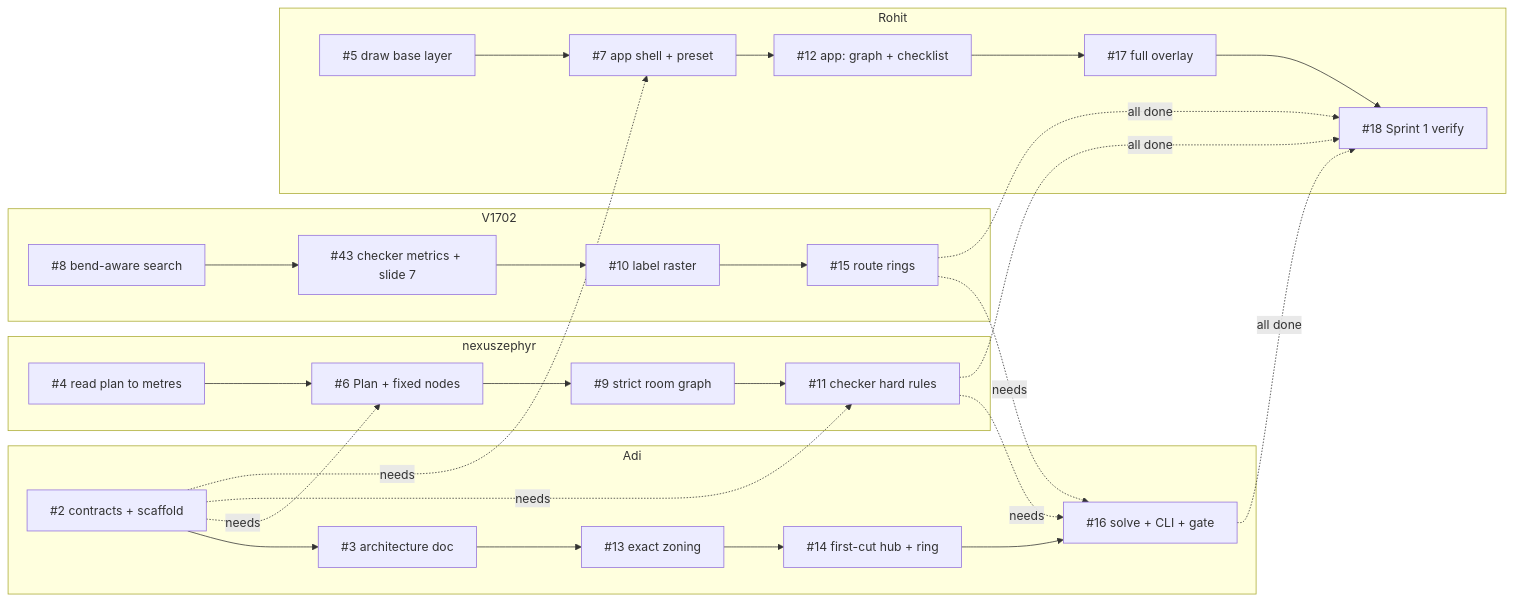
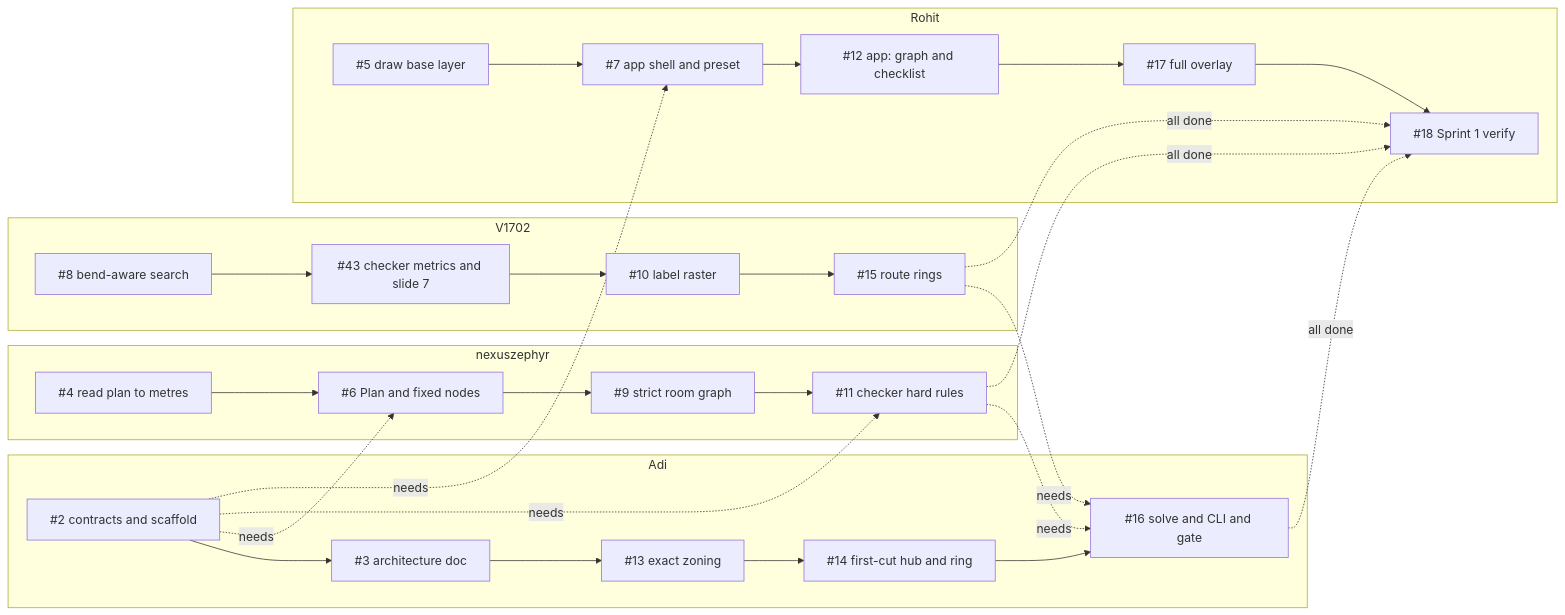
The first of 2 diagrams in docs/EXECUTION_PLAN.md (Adityashandilya555/hackhive), drawn with Mermaid before and after one commit. The commit also changed other lines of this file and 2 other files, not shown here.

Commit message:
docs: GitHub-safe execution maps (quoted labels, #35; entity for #)
The lane maps used bare '#' at the start of node labels; they now use quoted
labels with mermaid's '#35;' entity and 'and' instead of '+'. Verified with
mermaid-cli 11.16.0, 10.9.1, 9.4.0 and 8.13.10 (exit 0, no syntax error,
'#2 contracts' decoded correctly); PNG fallbacks re-rendered.

````diff
--- a/docs/EXECUTION_PLAN.md
+++ b/docs/EXECUTION_PLAN.md
@@ -18,51 +18,51 @@
 ```mermaid
 flowchart LR
     subgraph AdiS1 [Adi]
-        i2[#2 contracts + scaffold]
-        i3[#3 architecture doc]
-        i13[#13 exact zoning]
-        i14[#14 first-cut hub + ring]
-        i16[#16 solve + CLI + gate]
+        i2["#35;2 contracts and scaffold"]
+        i3["#35;3 architecture doc"]
+        i13["#35;13 exact zoning"]
+        i14["#35;14 first-cut hub and ring"]
+        i16["#35;16 solve and CLI and gate"]
         i2 --> i3
         i3 --> i13
         i13 --> i14
         i14 --> i16
     end
     subgraph nexuszephyrS1 [nexuszephyr]
-        i4[#4 read plan to metres]
-        i6[#6 Plan + fixed nodes]
-        i9[#9 strict room graph]
-        i11[#11 checker hard rules]
+        i4["#35;4 read plan to metres"]
+        i6["#35;6 Plan and fixed nodes"]
+        i9["#35;9 strict room graph"]
+        i11["#35;11 checker hard rules"]
         i4 --> i6
         i6 --> i9
         i9 --> i11
     end
     subgraph V1702S1 [V1702]
-        i8[#8 bend-aware search]
-        i43[#43 checker metrics + slide 7]
-        i10[#10 label raster]
-        i15[#15 route rings]
+        i8["#35;8 bend-aware search"]
+        i43["#35;43 checker metrics and slide 7"]
+        i10["#35;10 label raster"]
+        i15["#35;15 route rings"]
         i8 --> i43
         i43 --> i10
         i10 --> i15
     end
     subgraph RohitS1 [Rohit]
-        i5[#5 draw base layer]
-        i7[#7 app shell + preset]
-        i12[#12 app: graph + checklist]
-        i17[#17 full overlay]
-        i18[#18 Sprint 1 verify]
+        i5["#35;5 draw base layer"]
+        i7["#35;7 app shell and preset"]
+        i12["#35;12 app: graph and checklist"]
+        i17["#35;17 full overlay"]
+        i18["#35;18 Sprint 1 verify"]
         i5 --> i7
         i7 --> i12
         i12 --> i17
         i17 --> i18
     end
     i11 -.->|needs| i16
     i15 -.->|needs| i16
     i2 -.->|needs| i6
     i2 -.->|needs| i11
     i2 -.->|needs| i7
     i16 -.->|all done| i18
     i11 -.->|all done| i18
     i15 -.->|all done| i18
 ```
````
